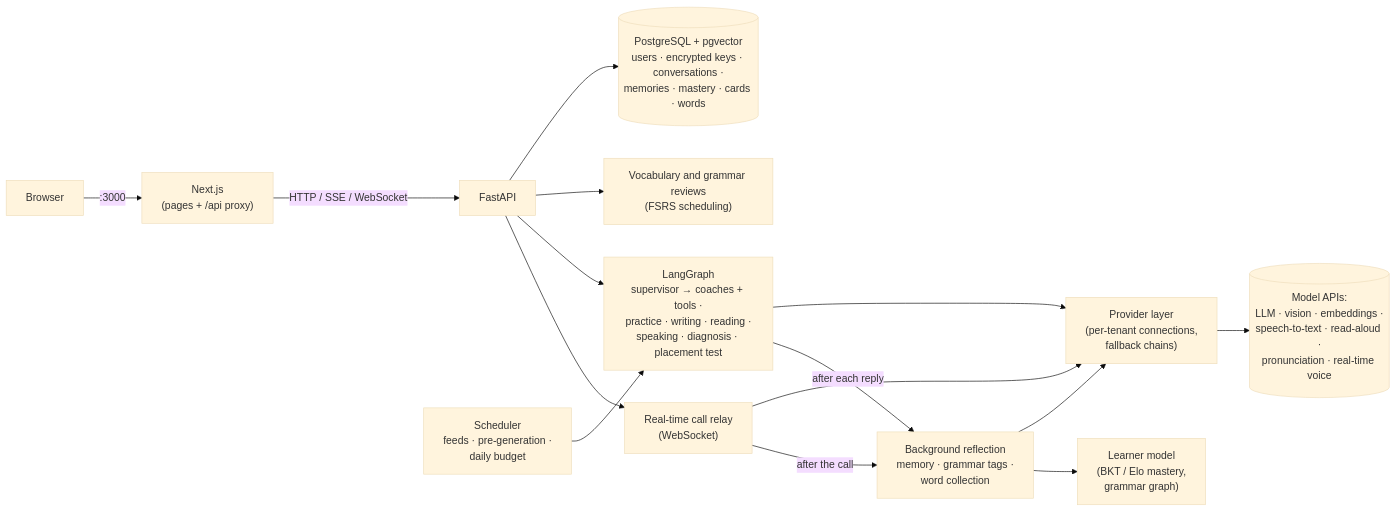
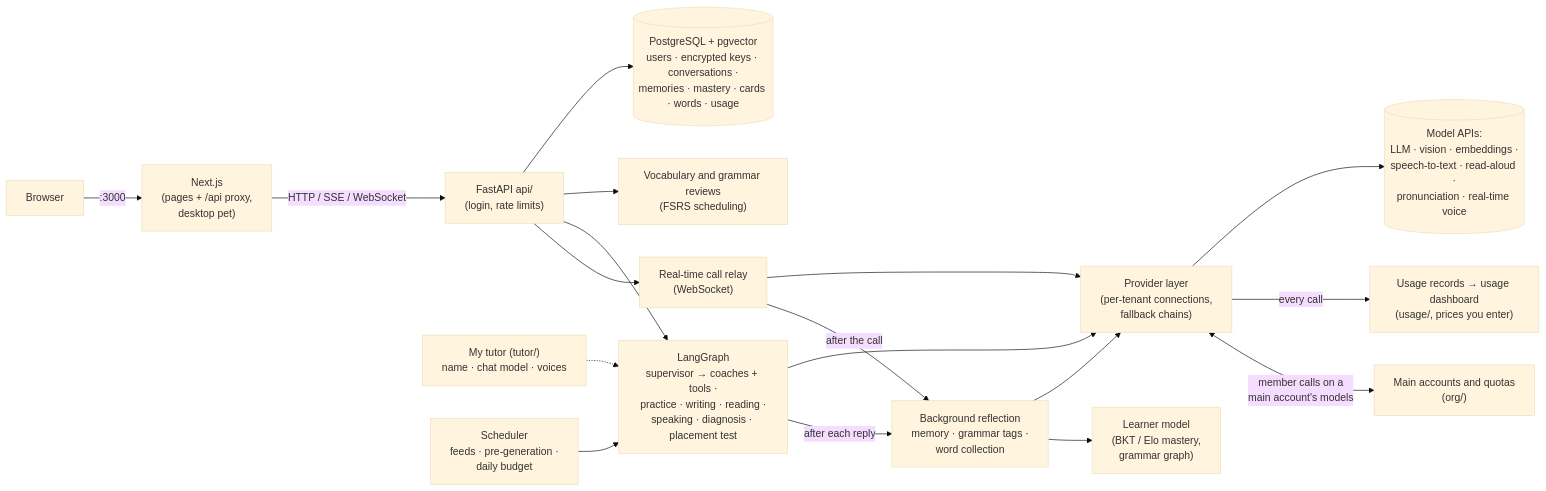
One commit to YangD1/lingo-agent changed the first of 2 diagrams in README.md. Above: the diagram before and after it, drawn with Mermaid (base theme). The commit also changed other lines of this file and 3 other files, not shown here.

First line of the commit message:
docs: 任务 72.1 README 架构图补新模块，新增自适应闭环图

````diff
--- a/README.md
+++ b/README.md
@@ -149,17 +149,20 @@
 ```mermaid
 flowchart LR
-    B[Browser] -->|:3000| F["Next.js<br/>(pages + /api proxy)"]
-    F -->|"HTTP / SSE / WebSocket"| A[FastAPI]
+    B[Browser] -->|:3000| F["Next.js<br/>(pages + /api proxy,<br/>desktop pet)"]
+    F -->|"HTTP / SSE / WebSocket"| A["FastAPI api/<br/>(login, rate limits)"]
     A --> W
     A --> G["LangGraph<br/>supervisor → coaches + tools ·<br/>practice · writing · reading ·<br/>speaking · diagnosis · placement test"]
+    T["My tutor (tutor/)<br/>name · chat model · voices"] -.-> G
     W["Real-time call relay<br/>(WebSocket)"] -->|"after the call"| R
     G -->|"after each reply"| R["Background reflection<br/>memory · grammar tags ·<br/>word collection"]
     R --> L["Learner model<br/>(BKT / Elo mastery,<br/>grammar graph)"]
     A --> V["Vocabulary and grammar reviews<br/>(FSRS scheduling)"]
     S["Scheduler<br/>feeds · pre-generation ·<br/>daily budget"] --> G
     G --> P["Provider layer<br/>(per-tenant connections,<br/>fallback chains)"]
     R --> P
     W --> P
+    P <-->|"member calls on a<br/>main account's models"| O["Main accounts and quotas<br/>(org/)"]
+    P -->|"every call"| U["Usage records → usage dashboard<br/>(usage/, prices you enter)"]
     P --> M[("Model APIs:<br/>LLM · vision · embeddings ·<br/>speech-to-text · read-aloud ·<br/>pronunciation · real-time voice")]
-    A --> D[("PostgreSQL + pgvector<br/>users · encrypted keys · conversations ·<br/>memories · mastery · cards · words")]
+    A --> D[("PostgreSQL + pgvector<br/>users · encrypted keys · conversations ·<br/>memories · mastery · cards · words · usage")]
 ```
````
